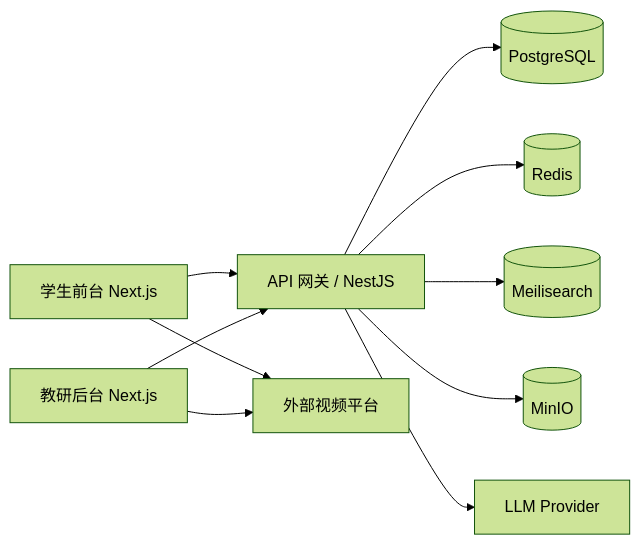
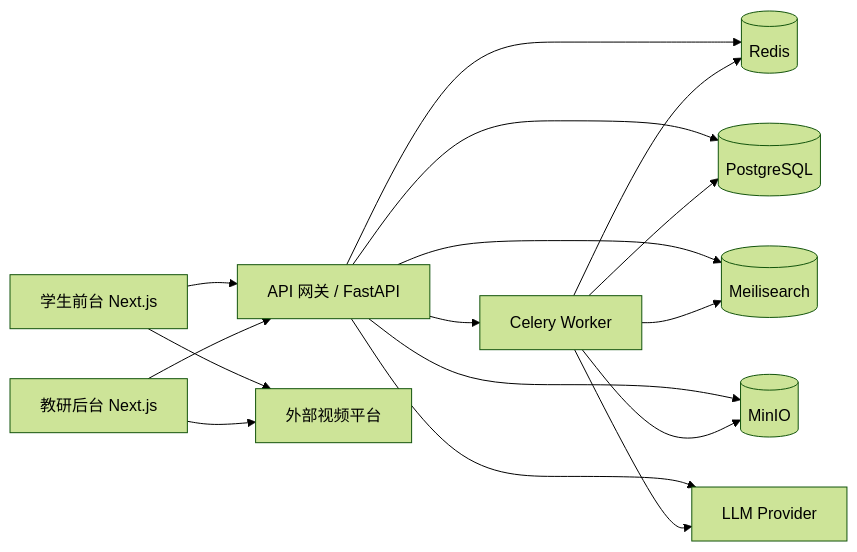
One commit to asatasinon/K-12-Math-Matrix changed the diagram in docs/architecture.md. Above: the diagram before and after it, drawn with Mermaid (forest theme). The commit also changed other lines of this file and 5 other files, not shown here.

First line of the commit message:
docs: update documentation and architecture for K-12 Math Matrix

````diff
--- a/docs/architecture.md
+++ b/docs/architecture.md
@@ -33,12 +34,18 @@
 ```mermaid
 flowchart LR
-  A[学生前台 Next.js] --> B[API 网关 / NestJS]
+  A[学生前台 Next.js] --> B[API 网关 / FastAPI]
   C[教研后台 Next.js] --> B
+  B --> J[Celery Worker]
   B --> D[(PostgreSQL)]
   B --> E[(Redis)]
   B --> F[(Meilisearch)]
   B --> G[(MinIO)]
   B --> H[LLM Provider]
+  J --> E
+  J --> D
+  J --> F
+  J --> G
+  J --> H
   A --> I[外部视频平台]
   C --> I
 ```
````
